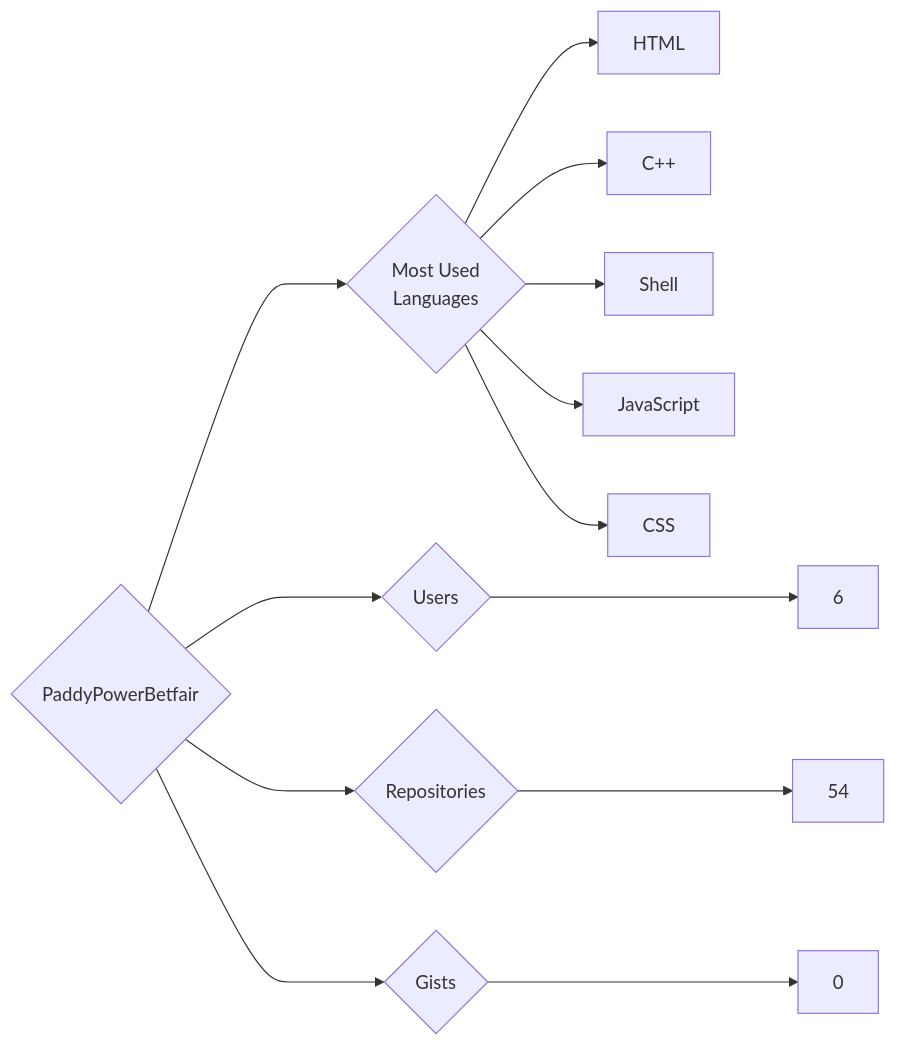
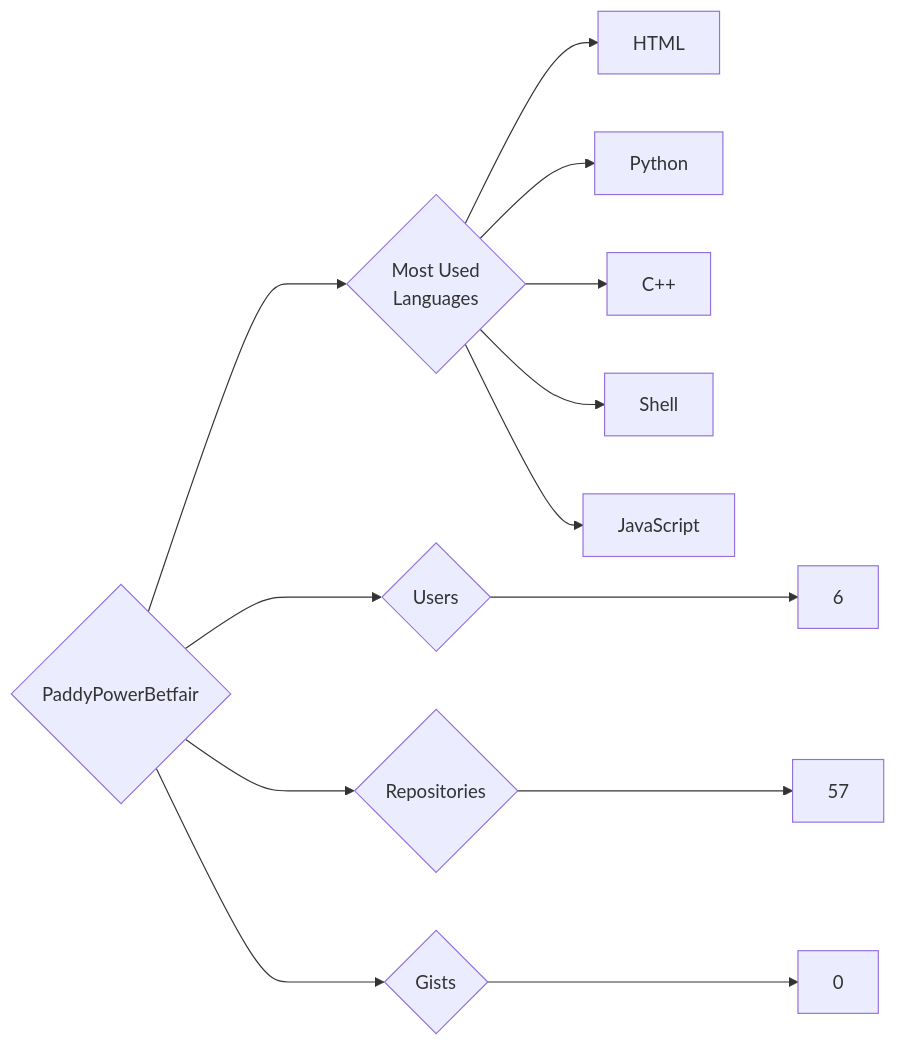
The diagram in targets/PaddyPowerBetfair/README.md (trickest/insiders), drawn with Mermaid before and after one commit. The commit also changed 1479 other files, not shown here.

````diff
--- a/targets/PaddyPowerBetfair/README.md
+++ b/targets/PaddyPowerBetfair/README.md
@@ -3,13 +3,13 @@
 ```mermaid
 graph LR
 COMPANY_NAME{PaddyPowerBetfair}
 COMPANY_NAME ---> U{Users} ---> UN[6]
-COMPANY_NAME ---> R{Repositories} ---> RN[54]
+COMPANY_NAME ---> R{Repositories} ---> RN[57]
 COMPANY_NAME ---> G{Gists} ---> GN[0]
 COMPANY_NAME ---> ML{Most Used<br>Languages}
 ML --> HTML[HTML]
+ML --> Python[Python]
 ML --> C++[C++]
 ML --> Shell[Shell]
 ML --> JavaScript[JavaScript]
-ML --> CSS[CSS]
 ```
````
